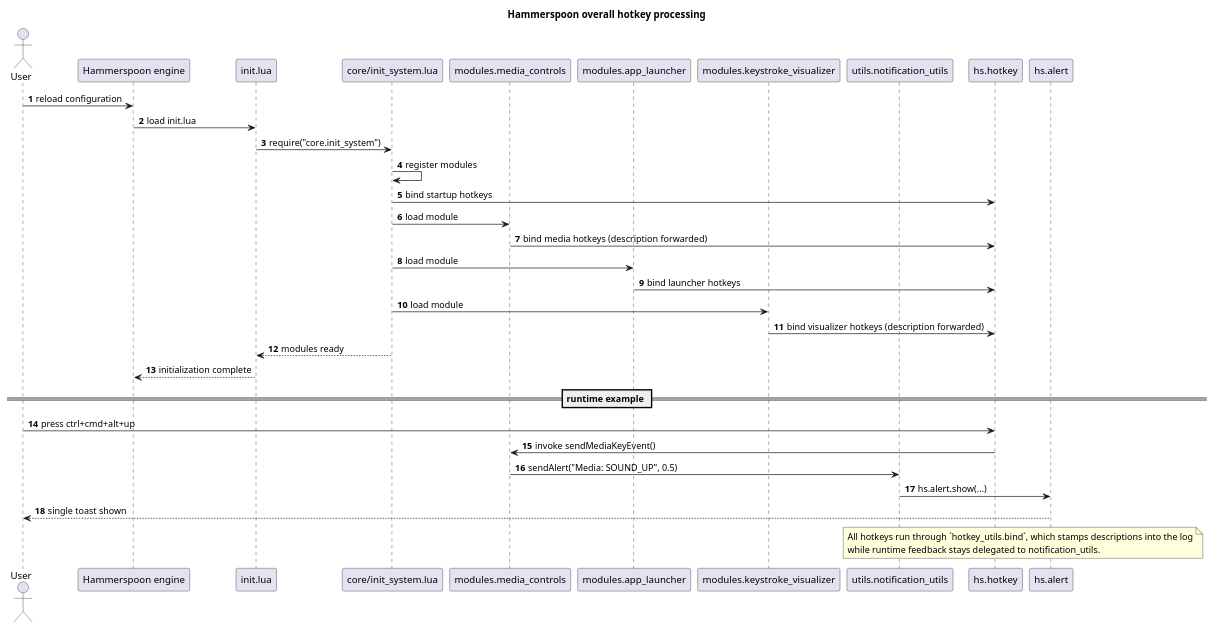
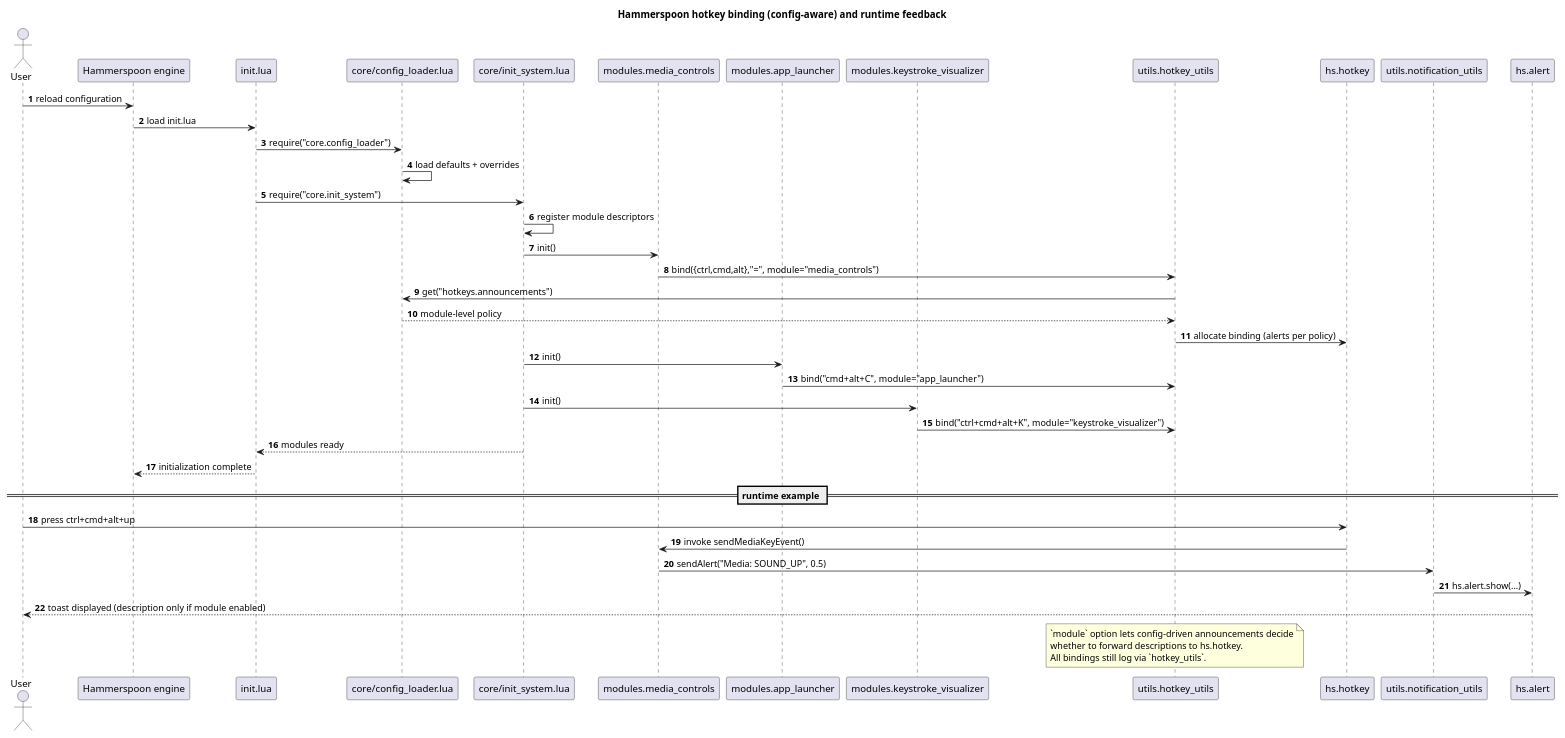
Before and after one commit to CsHeng/dot-hammerspoon: the diagram in docs/overall_sequence.puml, drawn with PlantUML. The commit also changed 60 other files, not shown here.

First line of the commit message:
Refactor documentation and consolidate architecture guidance

```diff
--- a/docs/overall_sequence.puml
+++ b/docs/overall_sequence.puml
@@ -1,43 +1,50 @@
 @startuml HammerspoonOverallSequence
-title Hammerspoon overall hotkey processing
+title Hammerspoon hotkey binding (config-aware) and runtime feedback
 
 actor User as user
 participant "Hammerspoon engine" as engine
 participant "init.lua" as init
+participant "core/config_loader.lua" as configLoader
 participant "core/init_system.lua" as initSystem
 participant "modules.media_controls" as media
 participant "modules.app_launcher" as launcher
 participant "modules.keystroke_visualizer" as keyviz
+participant "utils.hotkey_utils" as hotkeyUtils
+participant "hs.hotkey" as hsHotkey
 participant "utils.notification_utils" as notification
-participant "hs.hotkey" as hotkey
 participant "hs.alert" as alert
 
 autonumber
 
 user -> engine: reload configuration
 engine -> init: load init.lua
+init -> configLoader: require("core.config_loader")
+configLoader -> configLoader: load defaults + overrides
 init -> initSystem: require("core.init_system")
-initSystem -> initSystem: register modules
-initSystem -> hotkey: bind startup hotkeys
-initSystem -> media: load module
-media -> hotkey: bind media hotkeys (description forwarded)
-initSystem -> launcher: load module
-launcher -> hotkey: bind launcher hotkeys
-initSystem -> keyviz: load module
-keyviz -> hotkey: bind visualizer hotkeys (description forwarded)
+initSystem -> initSystem: register module descriptors
+initSystem -> media: init()
+media -> hotkeyUtils: bind({ctrl,cmd,alt},"=", module="media_controls")
+hotkeyUtils -> configLoader: get("hotkeys.announcements")
+configLoader --> hotkeyUtils: module-level policy
+hotkeyUtils -> hsHotkey: allocate binding (alerts per policy)
+initSystem -> launcher: init()
+launcher -> hotkeyUtils: bind("cmd+alt+C", module="app_launcher")
+initSystem -> keyviz: init()
+keyviz -> hotkeyUtils: bind("ctrl+cmd+alt+K", module="keystroke_visualizer")
 initSystem --> init: modules ready
 init --> engine: initialization complete
 
 == runtime example ==
-user -> hotkey: press ctrl+cmd+alt+up
-hotkey -> media: invoke sendMediaKeyEvent()
+user -> hsHotkey: press ctrl+cmd+alt+up
+hsHotkey -> media: invoke sendMediaKeyEvent()
 media -> notification: sendAlert("Media: SOUND_UP", 0.5)
 notification -> alert: hs.alert.show(...)
-alert --> user: single toast shown
+alert --> user: toast displayed (description only if module enabled)
 
-note over hotkey, alert
-All hotkeys run through `hotkey_utils.bind`, which stamps descriptions into the log
-while runtime feedback stays delegated to notification_utils.
+note over hotkeyUtils
+`module` option lets config-driven announcements decide
+whether to forward descriptions to hs.hotkey.
+All bindings still log via `hotkey_utils`.
 end note
 
 @enduml
```
